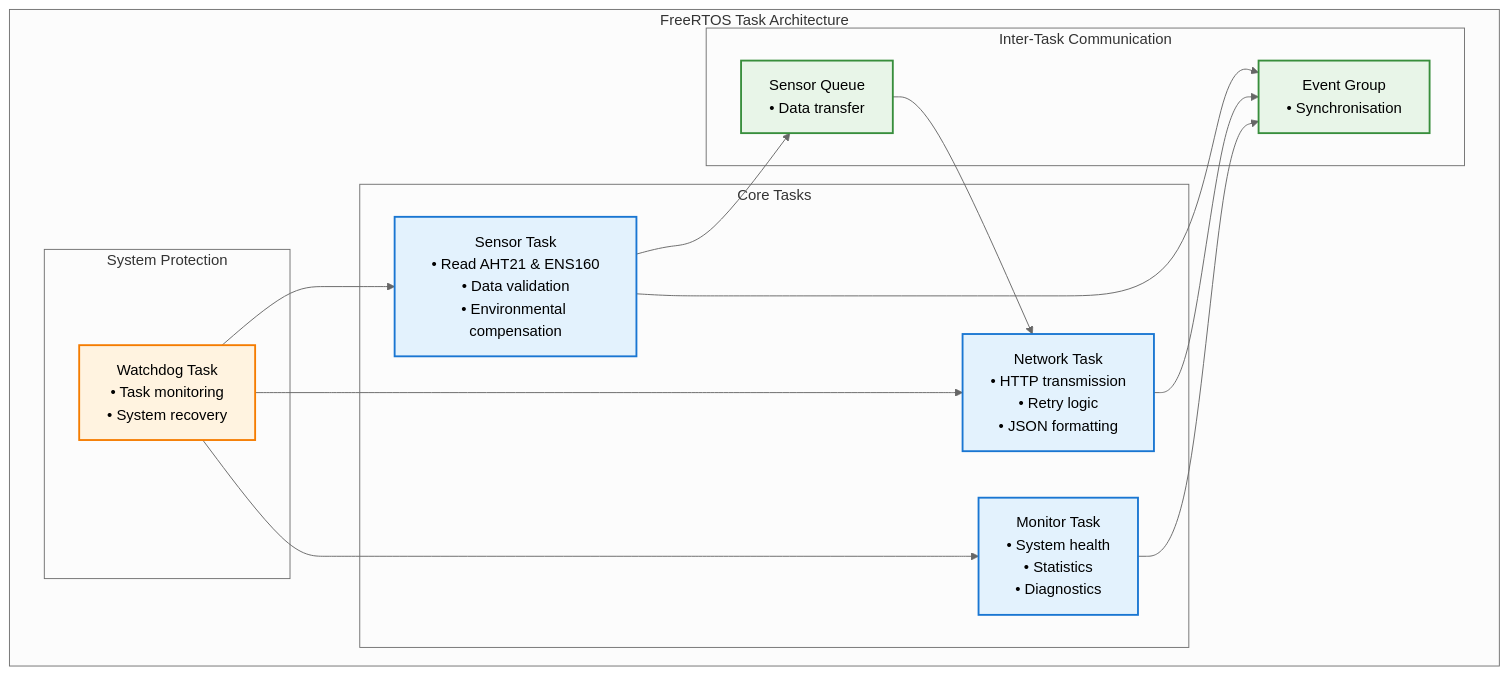
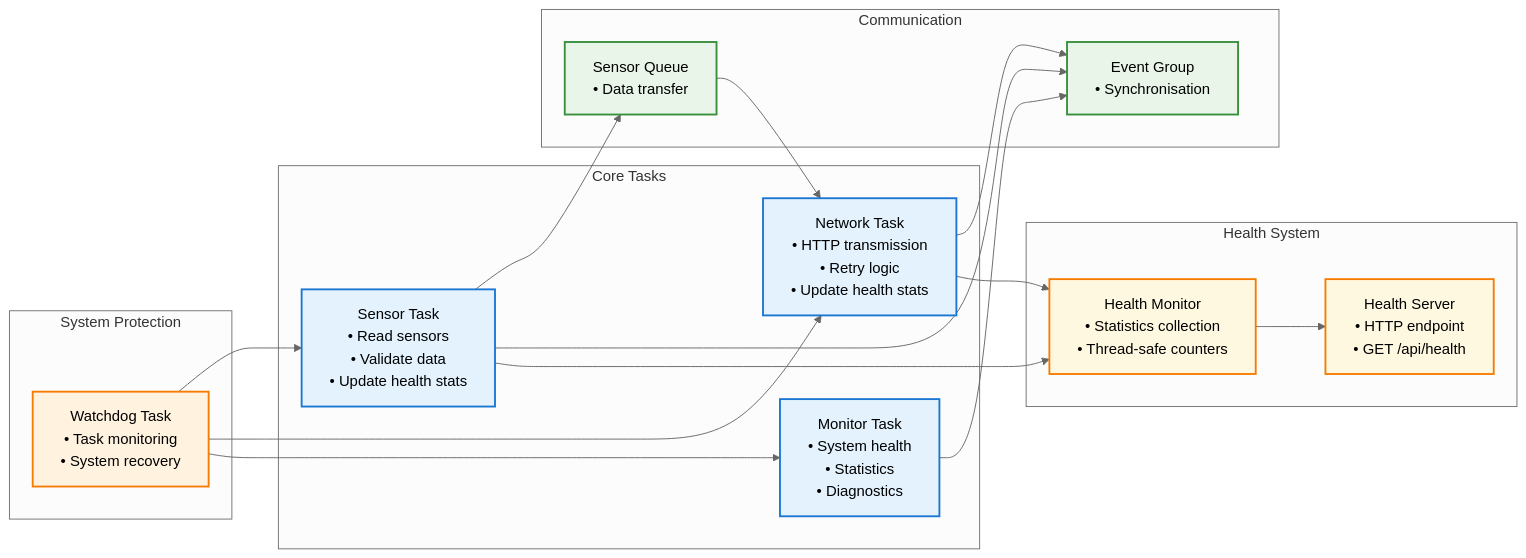
Before and after one commit to TimWeber/ESP32-Environmental-Monitor: the second of 4 diagrams in README.md, drawn with Mermaid (neutral theme). The commit also changed other lines of this file, not shown here.

````diff
--- a/README.md
+++ b/README.md
@@ -60,40 +76,50 @@
 ```mermaid
-graph TB
-    subgraph "FreeRTOS Task Architecture"
-        subgraph "Core Tasks"
-            SENSOR[Sensor Task<br/>• Read AHT21 & ENS160<br/>• Data validation<br/>• Environmental compensation]
-            
-            NETWORK[Network Task<br/>• HTTP transmission<br/>• Retry logic<br/>• JSON formatting]
-            
-            MONITOR[Monitor Task<br/>• System health<br/>• Statistics<br/>• Diagnostics]
-        end
-        
-        subgraph "System Protection"
-            WATCHDOG[Watchdog Task<br/>• Task monitoring<br/>• System recovery]
-        end
-        
-        subgraph "Inter-Task Communication"
-            QUEUE[Sensor Queue<br/>• Data transfer]
-            EVENTS[Event Group<br/>• Synchronisation]
-        end
+graph LR
+    subgraph "Core Tasks"
+        SENSOR[Sensor Task<br/>• Read sensors<br/>• Validate data<br/>• Update health stats]
+        NETWORK[Network Task<br/>• HTTP transmission<br/>• Retry logic<br/>• Update health stats]
+        MONITOR[Monitor Task<br/>• System health<br/>• Statistics<br/>• Diagnostics]
     end
     
-    %% Task relationships
+    subgraph "Health System"
+        HEALTH_MONITOR[Health Monitor<br/>• Statistics collection<br/>• Thread-safe counters]
+        HEALTH_SERVER[Health Server<br/>• HTTP endpoint<br/>• GET /api/health]
+    end
+    
+    subgraph "System Protection"
+        WATCHDOG[Watchdog Task<br/>• Task monitoring<br/>• System recovery]
+    end
+    
+    subgraph "Communication"
+        QUEUE[Sensor Queue<br/>• Data transfer]
+        EVENTS[Event Group<br/>• Synchronisation]
+    end
+    
+    %% Core task relationships
     SENSOR --> QUEUE
     QUEUE --> NETWORK
     SENSOR --> EVENTS
     NETWORK --> EVENTS
     MONITOR --> EVENTS
+    
+    %% Health monitoring relationships
+    SENSOR --> HEALTH_MONITOR
+    NETWORK --> HEALTH_MONITOR
+    HEALTH_MONITOR --> HEALTH_SERVER
+    
+    %% Protection relationships
     WATCHDOG --> SENSOR
     WATCHDOG --> NETWORK
     WATCHDOG --> MONITOR
     
     %% Styling
     classDef coreTask fill:#e3f2fd,stroke:#1976d2,stroke-width:2px
+    classDef healthTask fill:#fff8e1,stroke:#f57c00,stroke-width:2px
     classDef protection fill:#fff3e0,stroke:#f57c00,stroke-width:2px
     classDef communication fill:#e8f5e8,stroke:#388e3c,stroke-width:2px
     
     class SENSOR,NETWORK,MONITOR coreTask
+    class HEALTH_MONITOR,HEALTH_SERVER healthTask
     class WATCHDOG protection
     class QUEUE,EVENTS communication
 ```
````
